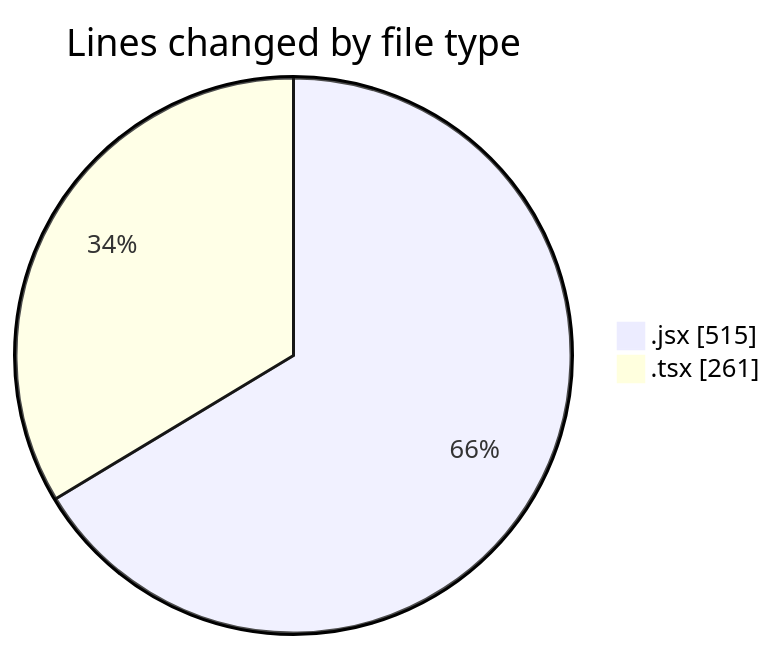
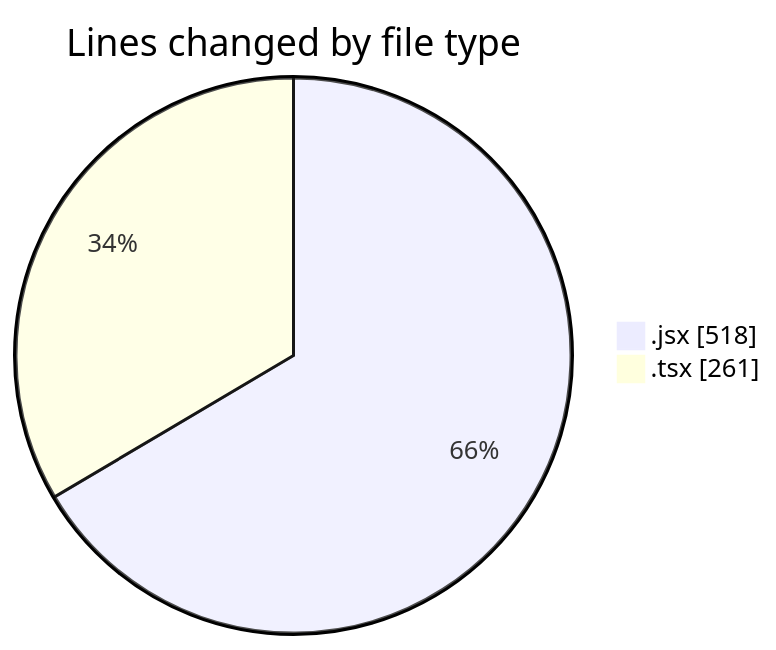
One commit to momahboobian/code-tracking changed the first of 2 diagrams in 2026-02-11/cda/README.md. Above: the diagram before and after it, drawn with Mermaid. The commit also changed other lines of this file and 1 other file, not shown here.

````diff
--- a/2026-02-11/cda/README.md
+++ b/2026-02-11/cda/README.md
@@ -23,6 +23,6 @@
 ```mermaid
 pie showData
 title Lines changed by file type
-".jsx" : 515
+".jsx" : 518
 ".tsx" : 261
 ```
````
